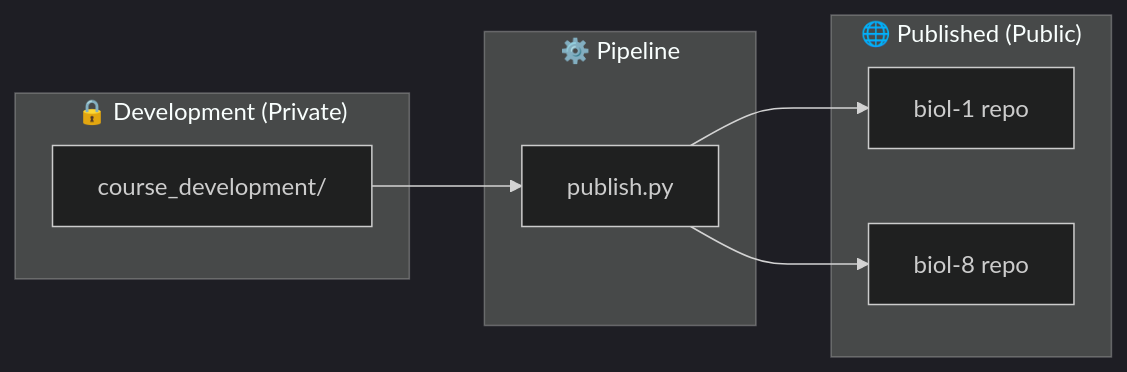
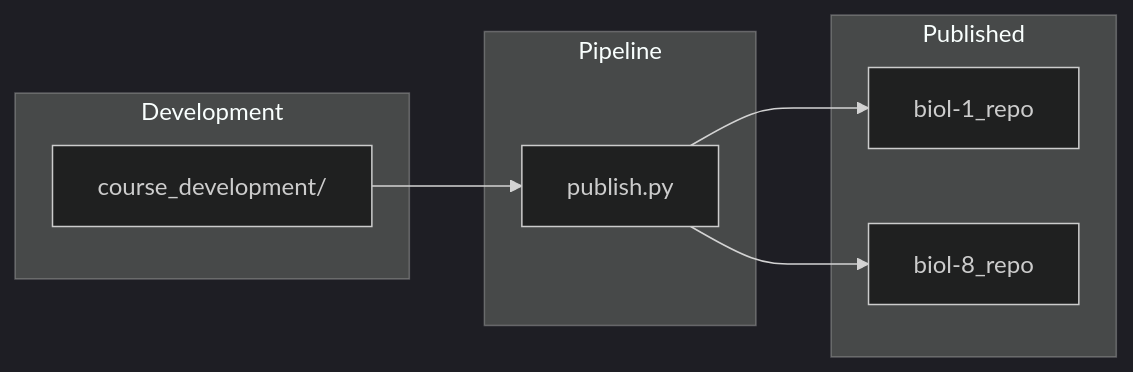
The diagram in software/docs/COURSE_STRUCTURE.md (docxology/biol-1), drawn with Mermaid (dark theme) before and after one commit. The commit also changed other lines of this file and 169 other files, not shown here.

````diff
--- a/software/docs/COURSE_STRUCTURE.md
+++ b/software/docs/COURSE_STRUCTURE.md
@@ -11,19 +11,19 @@
 ```mermaid
 flowchart LR
-    subgraph PRIVATE["🔒 Development (Private)"]
+    subgraph PRIVATE[Development]
         CD[course_development/]
     end
     
-    subgraph PIPELINE["⚙️ Pipeline"]
+    subgraph PIPELINE[Pipeline]
         PUB[publish.py]
     end
     
-    subgraph PUBLIC["🌐 Published (Public)"]
-        B1[biol-1 repo]
-        B8[biol-8 repo]
+    subgraph PUBLIC[Published]
+        B1[biol-1_repo]
+        B8[biol-8_repo]
     end
     
     CD --> PUB
     PUB --> B1
     PUB --> B8
 ```
````
